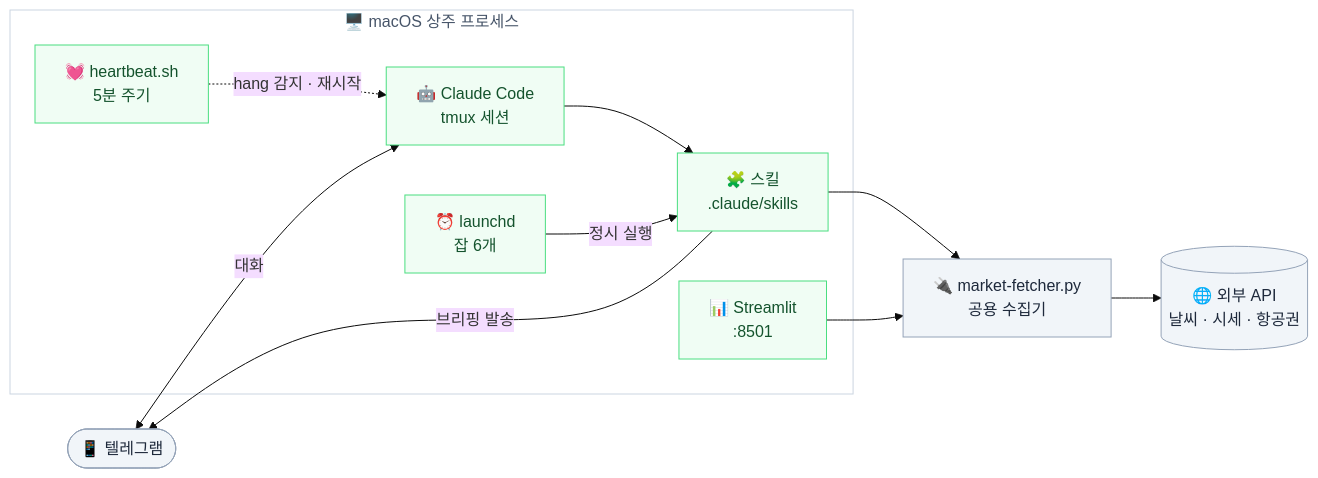
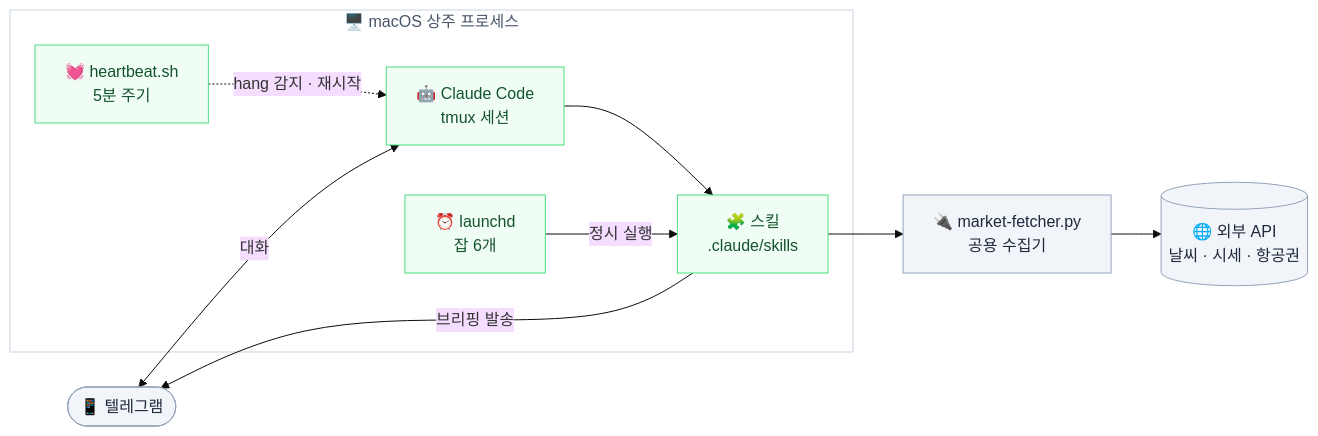
The diagram in LeeMiJung/README.md (audmslpl/memberSimsaClaudeProject), drawn with Mermaid (base theme) before and after one commit. The commit also changed other lines of this file and 5 other files, not shown here.

````diff
--- a/LeeMiJung/README.md
+++ b/LeeMiJung/README.md
@@ -41,30 +38,28 @@
 ```mermaid
 flowchart LR
     TG(["📱 텔레그램"])
 
     subgraph MAC ["🖥️ macOS 상주 프로세스"]
         AGENT["🤖 Claude Code<br/>tmux 세션"]
         HB["💓 heartbeat.sh<br/>5분 주기"]
         LD["⏰ launchd<br/>잡 6개"]
         SKILL["🧩 스킬<br/>.claude/skills"]
-        DASH["📊 Streamlit<br/>:8501"]
     end
 
     MF["🔌 market-fetcher.py<br/>공용 수집기"]
     API[("🌐 외부 API<br/>날씨 · 시세 · 항공권")]
 
     TG <-->|대화| AGENT
     AGENT --> SKILL
     LD -->|정시 실행| SKILL
     SKILL --> MF
-    DASH --> MF
     MF --> API
     SKILL -->|브리핑 발송| TG
     HB -.->|hang 감지 · 재시작| AGENT
 
     classDef box fill:#f0fdf4,stroke:#4ade80,color:#14532d
     classDef ext fill:#f1f5f9,stroke:#94a3b8,color:#1e293b
-    class AGENT,HB,LD,SKILL,DASH box
+    class AGENT,HB,LD,SKILL box
     class MF,API,TG ext
     style MAC fill:#ffffff,stroke:#cbd5e1,color:#475569
 ```
````
